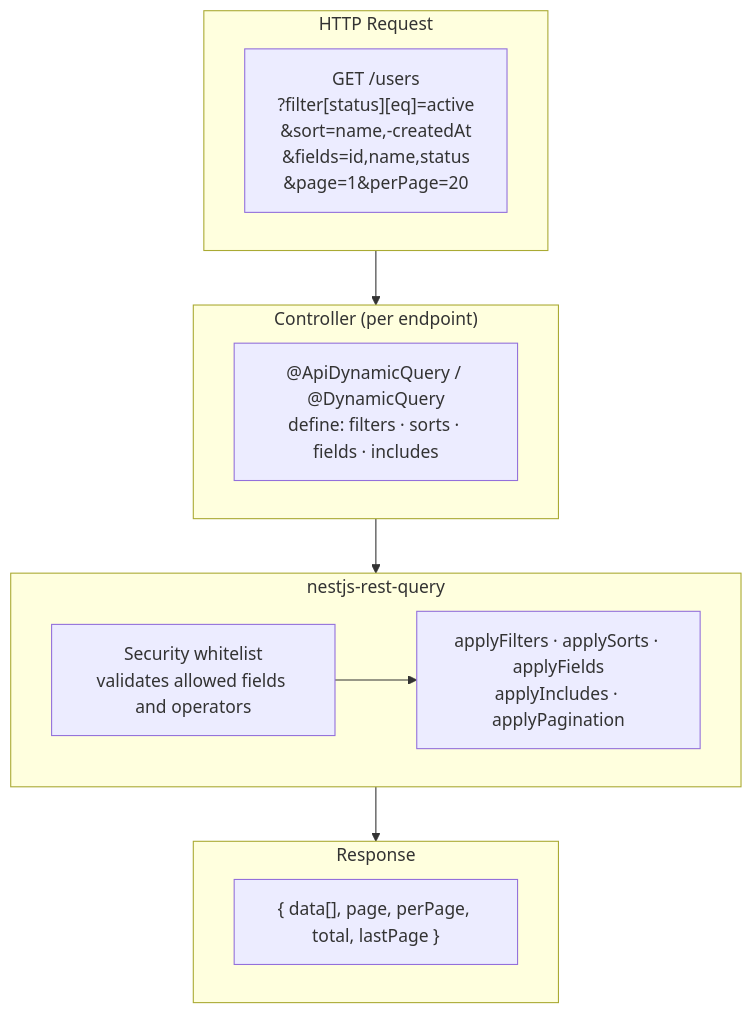
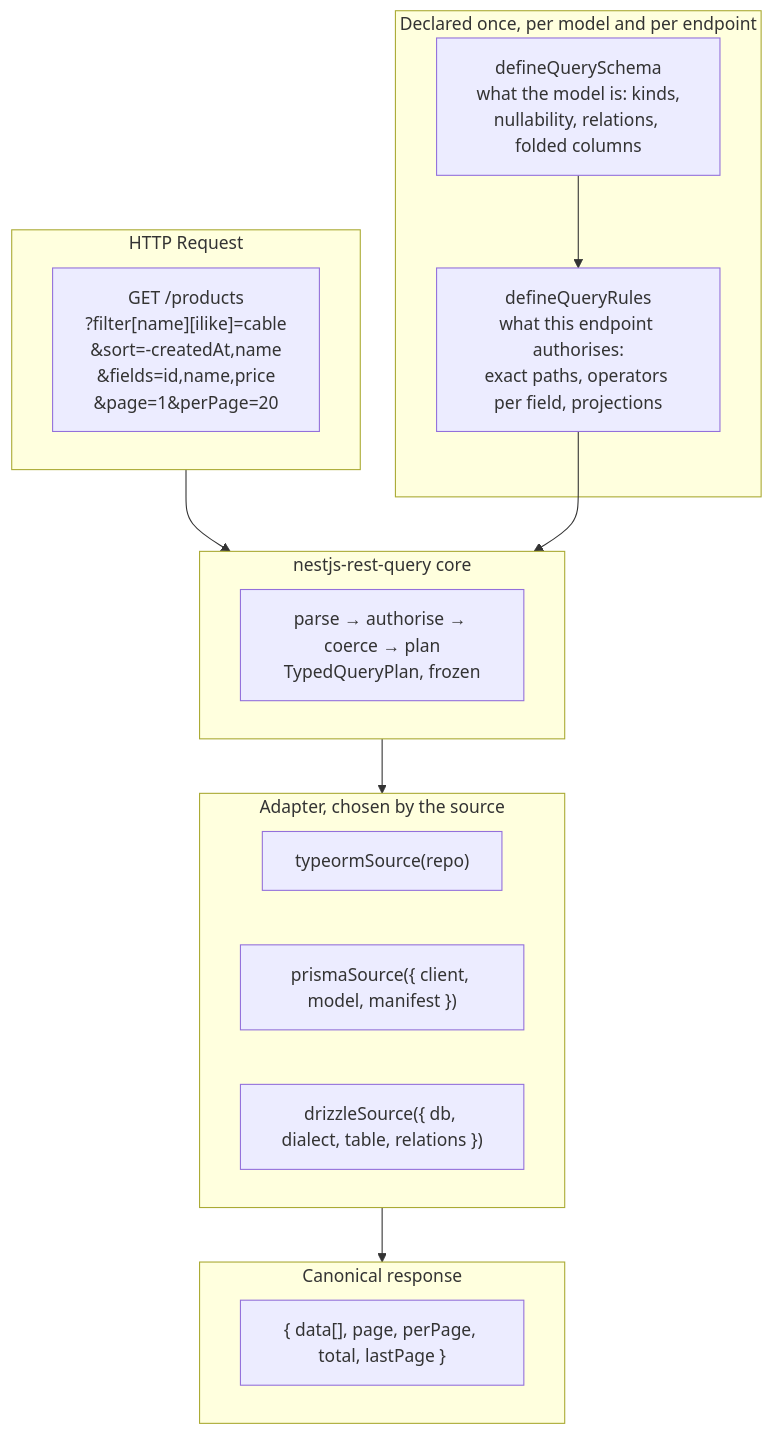
Before and after one commit to naldomadeira/nestjs-rest-query: the diagram in apps/docs/content/en/index.mdx, drawn with Mermaid. The commit also changed other lines of this file and 25 other files, not shown here.

````diff
--- a/apps/docs/content/en/index.mdx
+++ b/apps/docs/content/en/index.mdx
@@ -20,24 +26,31 @@
 ```mermaid
 flowchart TD
   subgraph IN["HTTP Request"]
-    Q["GET /users\n?filter[status][eq]=active\n&sort=name,-createdAt\n&fields=id,name,status\n&page=1&perPage=20"]
+    Q["GET /products<br/>?filter[name][ilike]=cable<br/>&sort=-createdAt,name<br/>&fields=id,name,price<br/>&page=1&perPage=20"]
   end
 
-  subgraph CTRL["Controller (per endpoint)"]
-    D["@ApiDynamicQuery / @DynamicQuery\ndefine: filters · sorts · fields · includes"]
+  subgraph DECL["Declared once, per model and per endpoint"]
+    S["defineQuerySchema<br/>what the model is: kinds,<br/>nullability, relations, folded columns"]
+    R["defineQueryRules<br/>what this endpoint authorises:<br/>exact paths, operators per field, projections"]
+    S --> R
   end
 
-  subgraph LIB["nestjs-rest-query"]
-    W["Security whitelist\nvalidates allowed fields and operators"]
-    H["applyFilters · applySorts · applyFields\napplyIncludes · applyPagination"]
-    W --> H
+  subgraph CORE["nestjs-rest-query core"]
+    P["parse → authorise → coerce → plan<br/>TypedQueryPlan, frozen"]
   end
 
-  subgraph OUT["Response"]
-    R["{ data[], page, perPage, total, lastPage }"]
+  subgraph AD["Adapter, chosen by the source"]
+    T["typeormSource(repo)"]
+    PR["prismaSource({ client, model, manifest })"]
+    DR["drizzleSource({ db, dialect, table, relations })"]
   end
 
-  IN --> CTRL
-  CTRL --> LIB
-  LIB --> OUT
+  subgraph OUT["Canonical response"]
+    O["{ data[], page, perPage, total, lastPage }"]
+  end
+
+  IN --> CORE
+  R --> CORE
+  CORE --> AD
+  AD --> OUT
 ```
````
